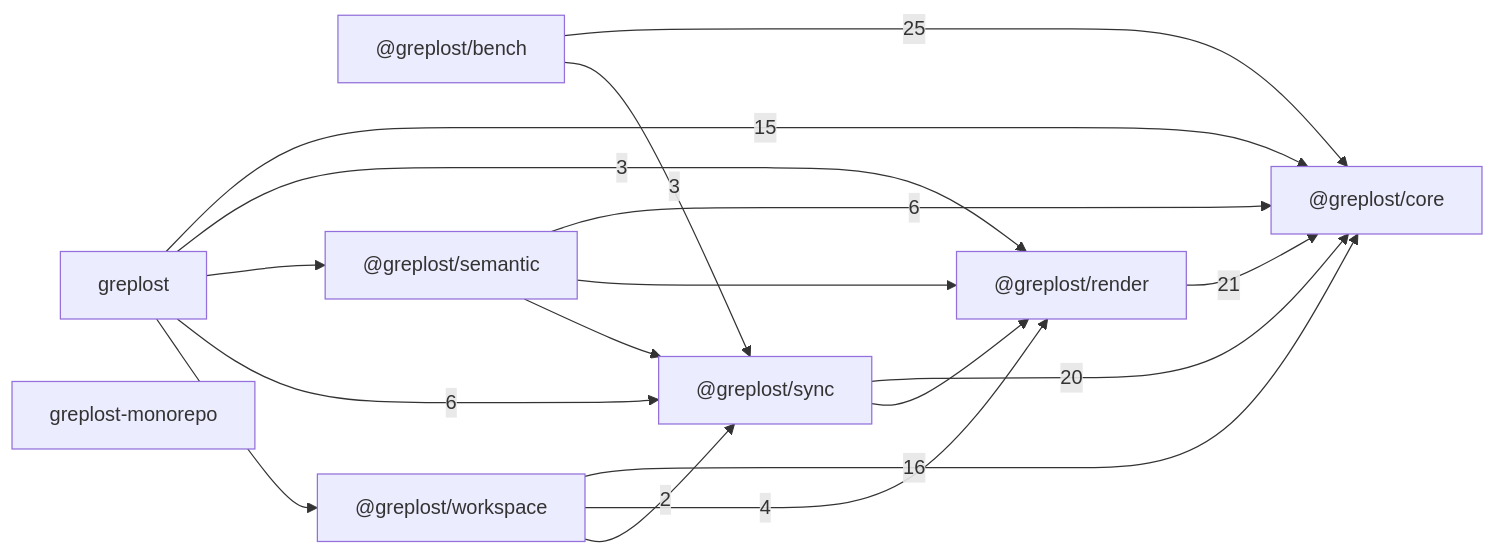
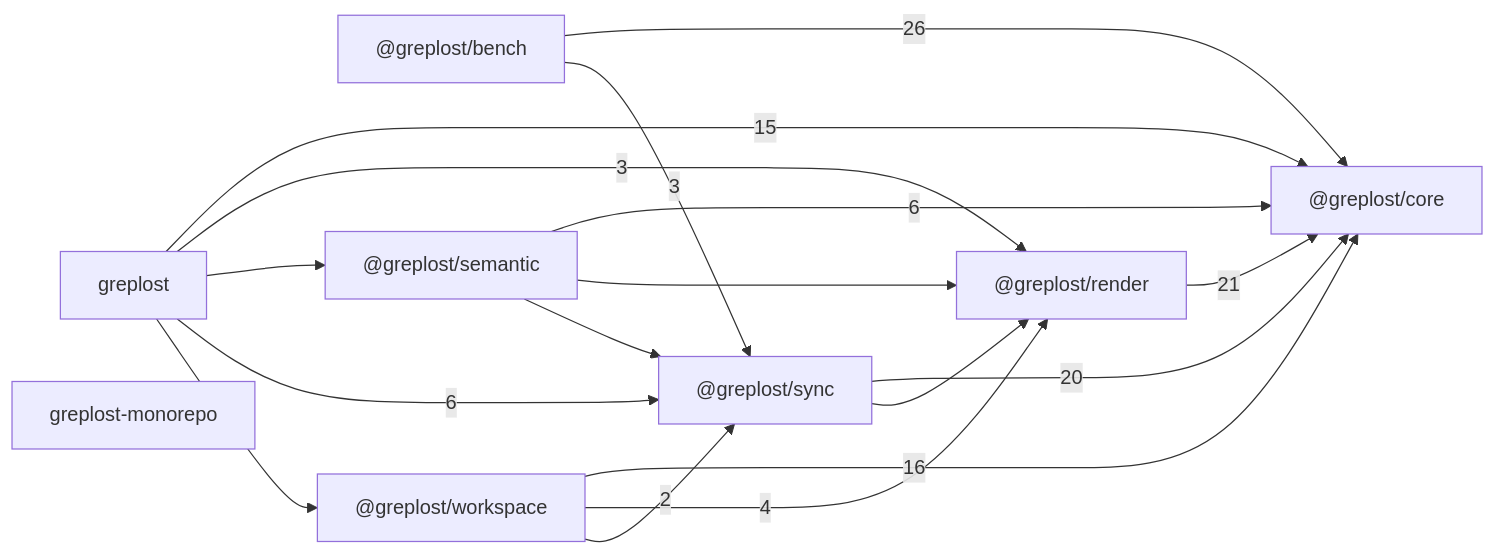
One commit to sns45/greplost changed the diagram in .greplost/repo/MAP.md. Above: the diagram before and after it, drawn with Mermaid. The commit also changed other lines of this file and 50 other files, not shown here.

````diff
--- a/.greplost/repo/MAP.md
+++ b/.greplost/repo/MAP.md
@@ -21,27 +21,27 @@
 ```mermaid
 graph LR
   _greplost_bench["@greplost/bench"]
   _greplost_core["@greplost/core"]
   _greplost_render["@greplost/render"]
   _greplost_semantic["@greplost/semantic"]
   _greplost_sync["@greplost/sync"]
   _greplost_workspace["@greplost/workspace"]
   greplost["greplost"]
   greplost_monorepo["greplost-monorepo"]
-  _greplost_bench -->|25| _greplost_core
+  _greplost_bench -->|26| _greplost_core
   _greplost_bench -->|3| _greplost_sync
   _greplost_render -->|21| _greplost_core
   _greplost_semantic -->|6| _greplost_core
   _greplost_semantic --> _greplost_render
   _greplost_semantic --> _greplost_sync
   _greplost_sync -->|20| _greplost_core
   _greplost_sync --> _greplost_render
   _greplost_workspace -->|16| _greplost_core
   _greplost_workspace -->|4| _greplost_render
   _greplost_workspace -->|2| _greplost_sync
   greplost -->|15| _greplost_core
   greplost -->|3| _greplost_render
   greplost --> _greplost_semantic
   greplost -->|6| _greplost_sync
   greplost --> _greplost_workspace
 ```
````
